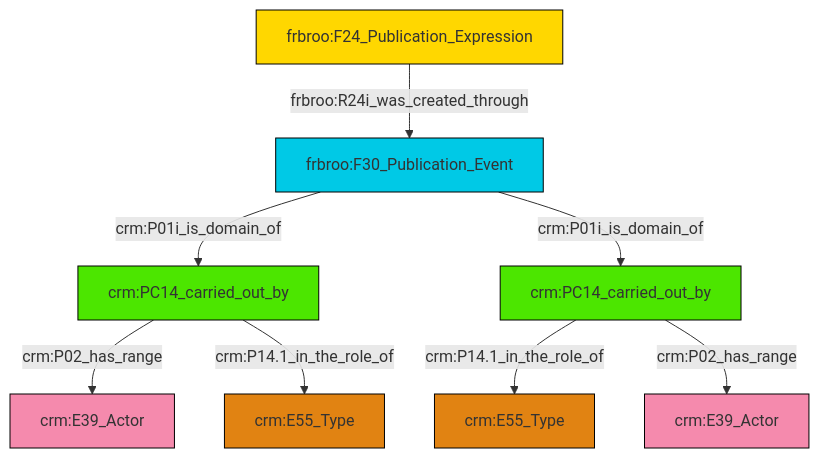
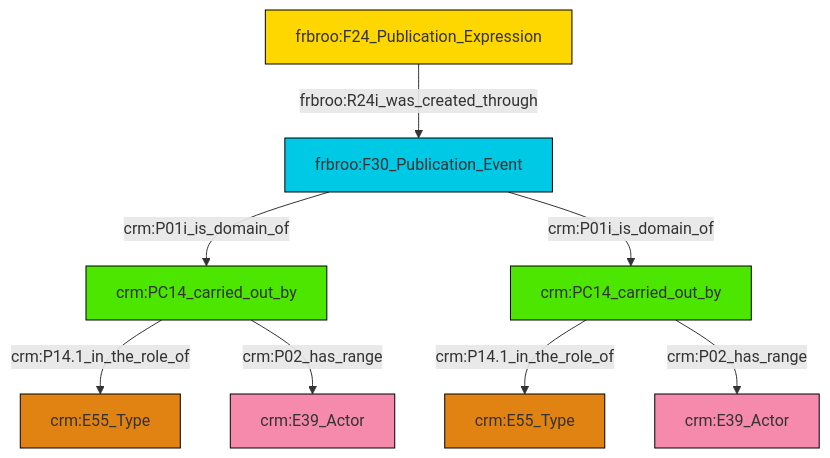
The diagram in et/biblioCSV/ttl/mmd/biblio_actor_relations.ttl.mmd (swiss-art-research-net/docs.swissartresearch), drawn with Mermaid before and after one commit. The commit also changed 179 other files, not shown here.

```diff
--- a/et/biblioCSV/ttl/mmd/biblio_actor_relations.ttl.mmd
+++ b/et/biblioCSV/ttl/mmd/biblio_actor_relations.ttl.mmd
@@ -1,22 +1,22 @@
 graph TD
 classDef Literal fill:#f2f2f2,stroke:#000000;
 classDef CRM_Entity fill:#FFFFFF,stroke:#000000;
 classDef Temporal_Entity fill:#00C9E6, stroke:#000000;
 classDef Type fill:#E18312, stroke:#000000;
 classDef Time-Span fill:#2C9C91, stroke:#000000;
 classDef Appellation fill:#FFEB7F, stroke:#000000;
 classDef Place fill:#008836, stroke:#000000;
 classDef Persistent_Item fill:#B266B2, stroke:#000000;
 classDef Conceptual_Object fill:#FFD700, stroke:#000000;
 classDef Physical_Thing fill:#D2B48C, stroke:#000000;
 classDef Actor fill:#f58aad, stroke:#000000;
 classDef PC_Classes fill:#4ce600, stroke:#000000;
 classDef Multi fill:#cccccc,stroke:#000000;
 
-0["frbroo:F30_Publication_Event"]:::Temporal_Entity -->|crm:P01i_is_domain_of| 1["crm:PC14_carried_out_by"]:::PC_Classes
-0["frbroo:F30_Publication_Event"]:::Temporal_Entity -->|crm:P01i_is_domain_of| 6["crm:PC14_carried_out_by"]:::PC_Classes
-9["frbroo:F24_Publication_Expression"]:::Conceptual_Object -->|frbroo:R24i_was_created_through| 0["frbroo:F30_Publication_Event"]:::Temporal_Entity
-1["crm:PC14_carried_out_by"]:::PC_Classes -->|crm:P02_has_range| 10["crm:E39_Actor"]:::Actor
-6["crm:PC14_carried_out_by"]:::PC_Classes -->|crm:P14.1_in_the_role_of| 7["crm:E55_Type"]:::Type
-1["crm:PC14_carried_out_by"]:::PC_Classes -->|crm:P14.1_in_the_role_of| 4["crm:E55_Type"]:::Type
-6["crm:PC14_carried_out_by"]:::PC_Classes -->|crm:P02_has_range| 2["crm:E39_Actor"]:::Actor
+0["crm:PC14_carried_out_by"]:::PC_Classes -->|crm:P14.1_in_the_role_of| 2["crm:E55_Type"]:::Type
+0["crm:PC14_carried_out_by"]:::PC_Classes -->|crm:P02_has_range| 3["crm:E39_Actor"]:::Actor
+6["frbroo:F30_Publication_Event"]:::Temporal_Entity -->|crm:P01i_is_domain_of| 0["crm:PC14_carried_out_by"]:::PC_Classes
+12["crm:PC14_carried_out_by"]:::PC_Classes -->|crm:P14.1_in_the_role_of| 13["crm:E55_Type"]:::Type
+12["crm:PC14_carried_out_by"]:::PC_Classes -->|crm:P02_has_range| 4["crm:E39_Actor"]:::Actor
+6["frbroo:F30_Publication_Event"]:::Temporal_Entity -->|crm:P01i_is_domain_of| 12["crm:PC14_carried_out_by"]:::PC_Classes
+7["frbroo:F24_Publication_Expression"]:::Conceptual_Object -->|frbroo:R24i_was_created_through| 6["frbroo:F30_Publication_Event"]:::Temporal_Entity
```
